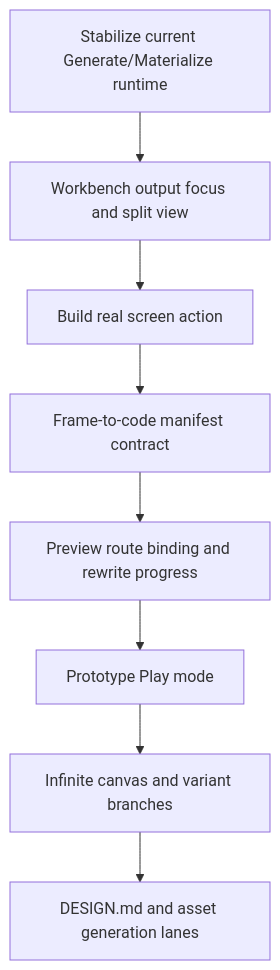
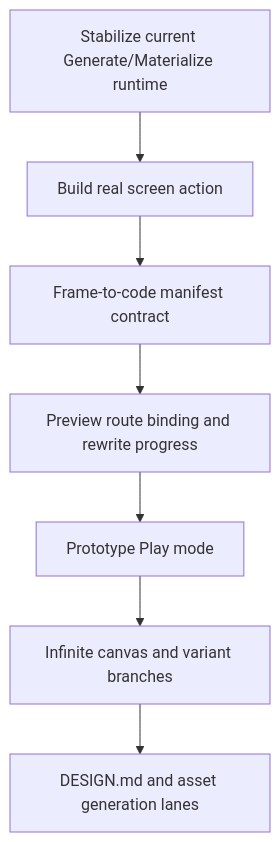
The fourth of 4 diagrams in docs/STITCH_GAP_ROADMAP.md (varshneydevansh/Canvax), drawn with Mermaid before and after one commit. The commit also changed other lines of this file and 10 other files, not shown here.

Commit message:
feat: add Workbench output focus modes

````diff
--- a/docs/STITCH_GAP_ROADMAP.md
+++ b/docs/STITCH_GAP_ROADMAP.md
@@ -440,10 +410,9 @@
 ```mermaid
 flowchart TD
-    A[Stabilize current Generate/Materialize runtime] --> B[Workbench output focus and split view]
-    B --> C[Build real screen action]
-    C --> D[Frame-to-code manifest contract]
-    D --> E[Preview route binding and rewrite progress]
-    E --> F[Prototype Play mode]
-    F --> G[Infinite canvas and variant branches]
-    G --> H[DESIGN.md and asset generation lanes]
+    A[Stabilize current Generate/Materialize runtime] --> B[Build real screen action]
+    B --> C[Frame-to-code manifest contract]
+    C --> D[Preview route binding and rewrite progress]
+    D --> E[Prototype Play mode]
+    E --> F[Infinite canvas and variant branches]
+    F --> G[DESIGN.md and asset generation lanes]
 ```
````
